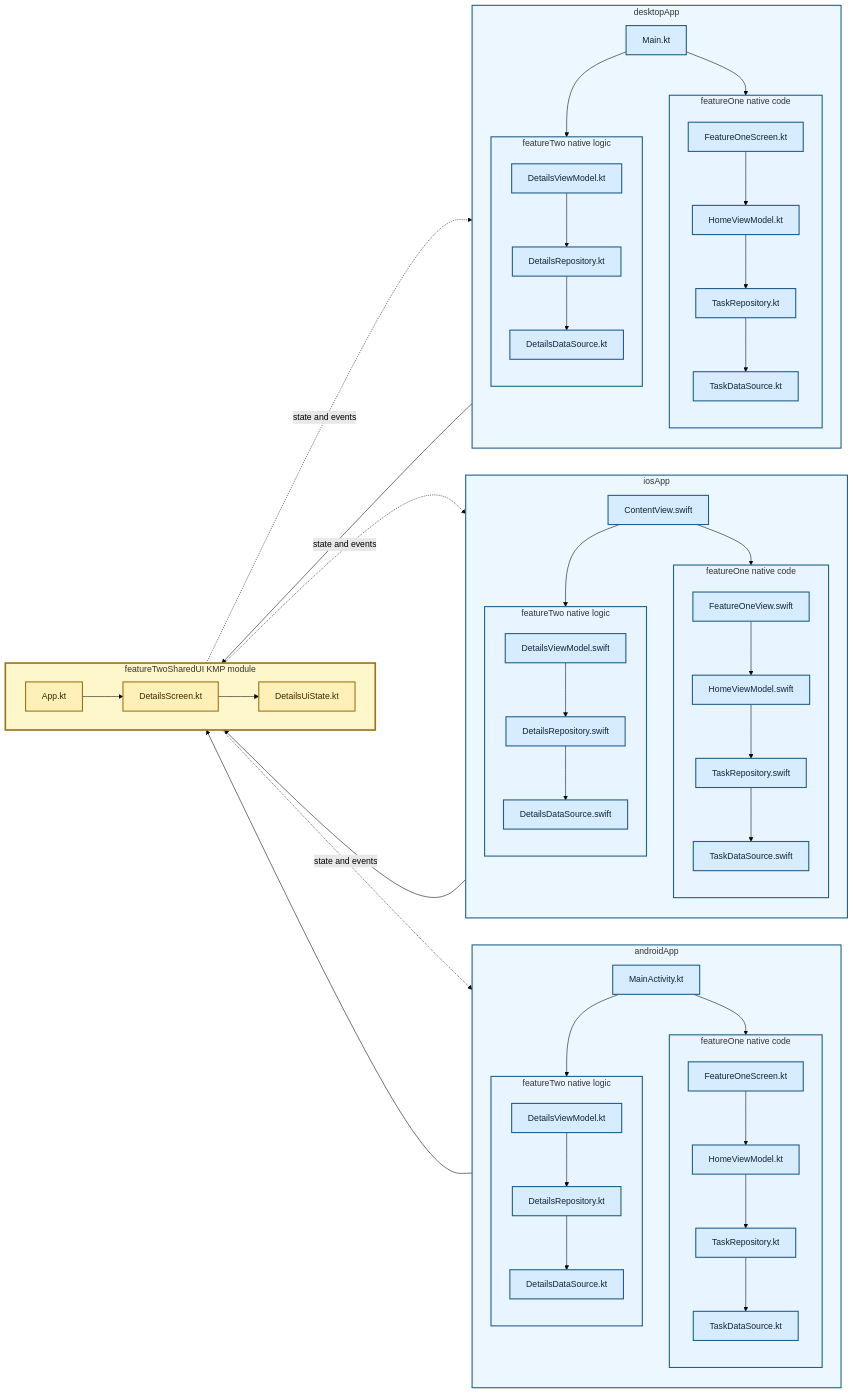
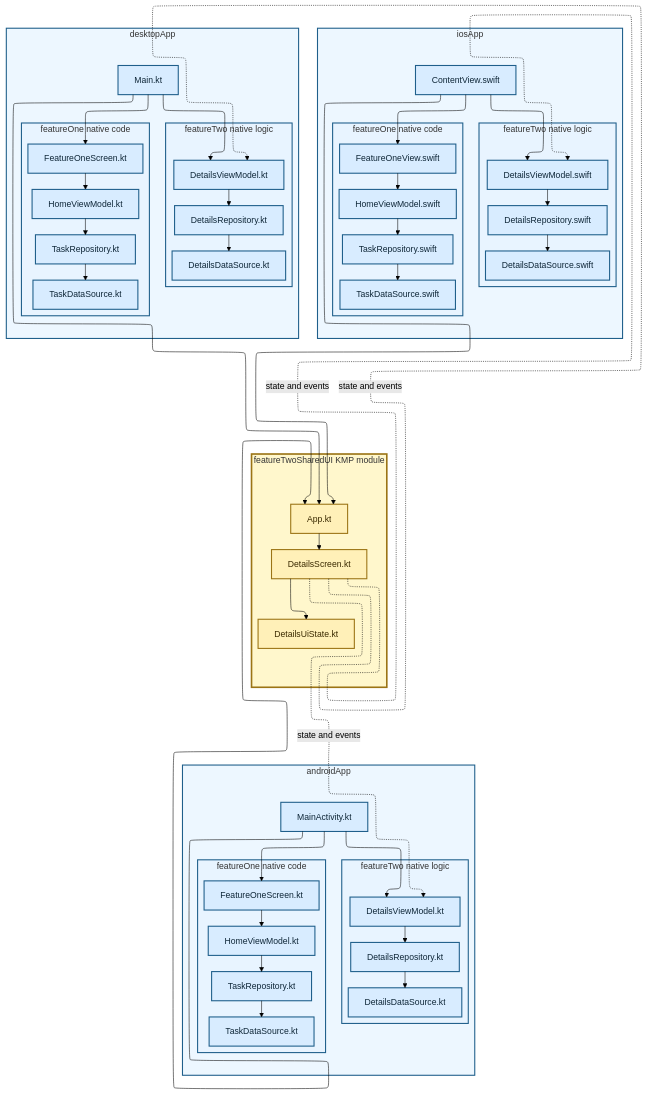
Before and after one commit to TheSetox/kmp-sample-diagrams: the diagram in diagrams/12-modular-kmp-ui-layer.md, drawn with Mermaid (forest theme). The commit also changed 23 other files, not shown here.

Commit message:
docs: compact complex diagram layouts

````diff
--- a/diagrams/12-modular-kmp-ui-layer.md
+++ b/diagrams/12-modular-kmp-ui-layer.md
@@ -5,5 +5,11 @@
 ```mermaid
-flowchart LR
+---
+config:
+  layout: elk
+  elk:
+    nodePlacementStrategy: SIMPLE
+---
+flowchart TB
   subgraph Android["androidApp"]
     direction TB
     AEntry["MainActivity.kt"]
````
